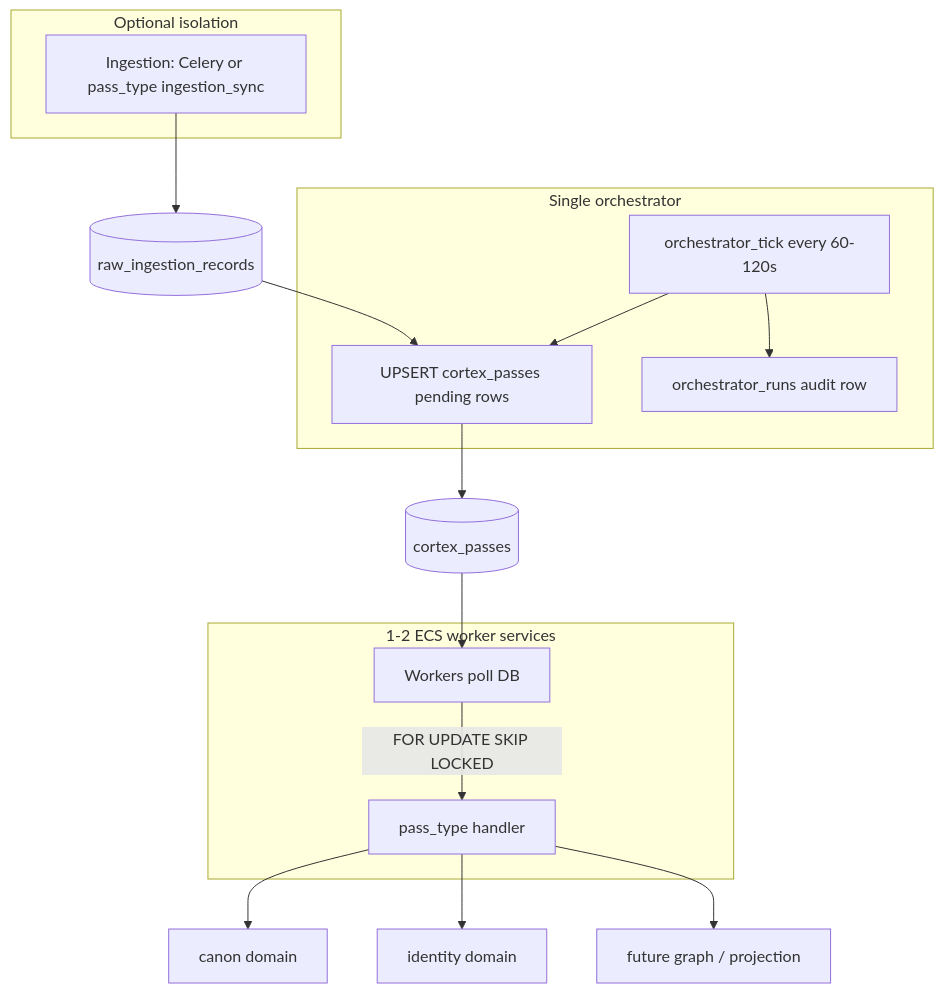
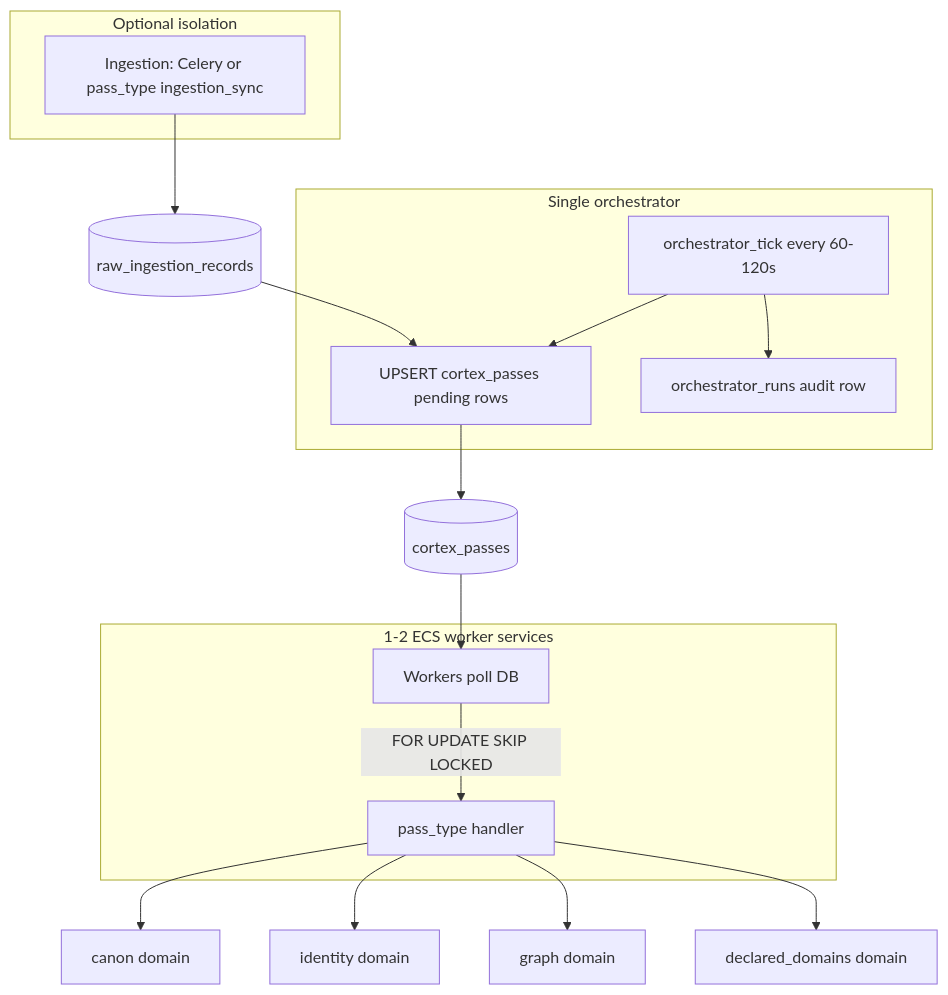
Before and after one commit to CozyTibo/vector: the diagram in DOCS/cortex/operational-runtime/CORTEX_OPERATIONAL_RUNTIME_PHASES_v1.md, drawn with Mermaid. The commit also changed other lines of this file and 36 other files, not shown here.

````diff
--- a/DOCS/cortex/operational-runtime/CORTEX_OPERATIONAL_RUNTIME_PHASES_v1.md
+++ b/DOCS/cortex/operational-runtime/CORTEX_OPERATIONAL_RUNTIME_PHASES_v1.md
@@ -80,22 +81,23 @@
 ```mermaid
 flowchart TB
   subgraph orch [Single orchestrator]
     Loop[orchestrator_tick every 60-120s]
     Loop --> Plan[UPSERT cortex_passes pending rows]
     Loop --> RunLog[orchestrator_runs audit row]
   end
   subgraph workers [1-2 ECS worker services]
     W[Workers poll DB]
     W -->|FOR UPDATE SKIP LOCKED| H[pass_type handler]
   end
   subgraph optional [Optional isolation]
     Ing[Ingestion: Celery or pass_type ingestion_sync]
   end
   Plan --> DB[(cortex_passes)]
   DB --> W
   H --> Canon[canon domain]
   H --> Identity[identity domain]
-  H --> Graph[future graph / projection]
+  H --> Graph[graph domain]
+  H --> DeclDomains[declared_domains domain]
   Ing --> Raw[(raw_ingestion_records)]
   Raw --> Plan
 ```
````
